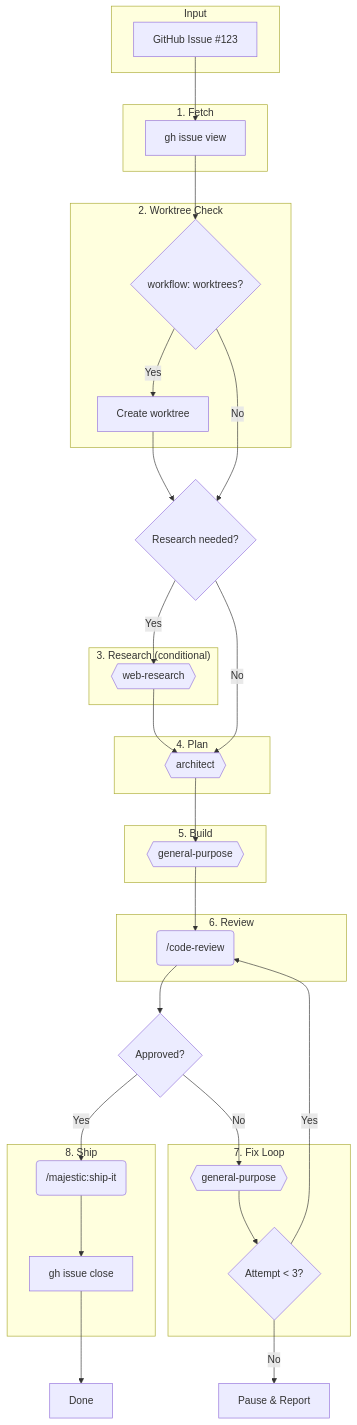
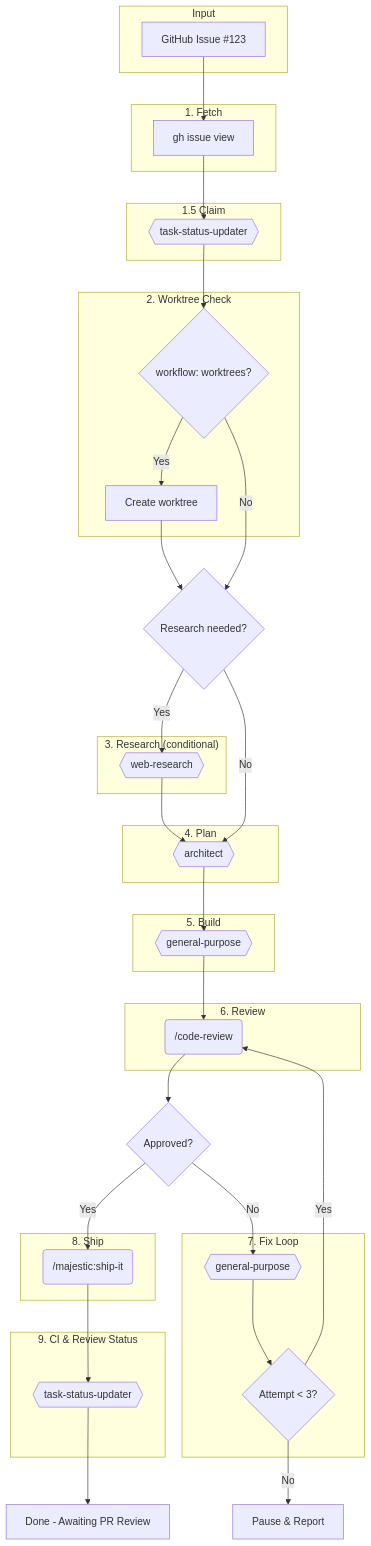
The diagram in plugins/majestic-engineer/commands/workflows/build-task.md (majesticlabs-dev/majestic-marketplace), drawn with Mermaid before and after one commit. The commit also changed other lines of this file and 1 other file, not shown here.

First line of the commit message:
feat(workflow): add task-status-updater agent for simplified build-task

````diff
--- a/plugins/majestic-engineer/commands/workflows/build-task.md
+++ b/plugins/majestic-engineer/commands/workflows/build-task.md
@@ -23,58 +23,66 @@
 ```mermaid
 flowchart TD
     subgraph Input
         A[GitHub Issue #123]
     end
 
     subgraph "1. Fetch"
         B[gh issue view]
+    end
+
+    subgraph "1.5 Claim"
+        CL{{task-status-updater}}
     end
 
     subgraph "2. Worktree Check"
         W{workflow: worktrees?}
         WT[Create worktree]
     end
 
     subgraph "3. Research (conditional)"
         C{{web-research}}
     end
 
     subgraph "4. Plan"
         D{{architect}}
     end
 
     subgraph "5. Build"
         E{{general-purpose}}
     end
 
     subgraph "6. Review"
         F(/code-review)
     end
 
     subgraph "7. Fix Loop"
         G{{general-purpose}}
         H{Attempt < 3?}
     end
 
     subgraph "8. Ship"
         I(/majestic:ship-it)
-        J[gh issue close]
+    end
+
+    subgraph "9. CI & Review Status"
+        CI{{task-status-updater}}
     end
 
     A --> B
-    B --> W
+    B --> CL
+    CL --> W
     W -->|Yes| WT --> K{Research needed?}
     W -->|No| K
     K -->|Yes| C --> D
     K -->|No| D
     D --> E
     E --> F
     F --> L{Approved?}
     L -->|Yes| I
     L -->|No| G
     G --> H
     H -->|Yes| F
     H -->|No| M[Pause & Report]
-    I --> J
-    J --> N[Done]
+    I --> CI
+    CI --> N[Done - Awaiting PR Review]
 ```
````
